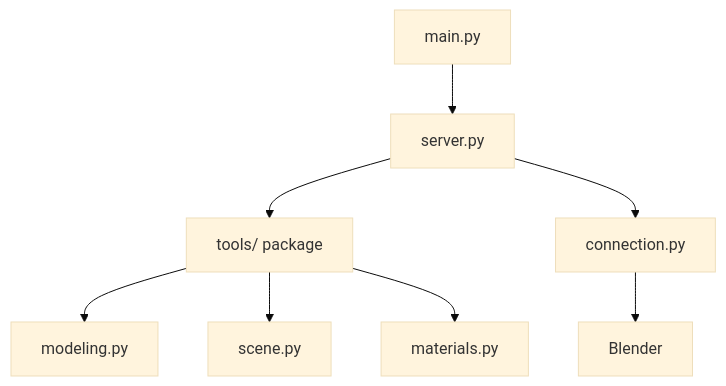
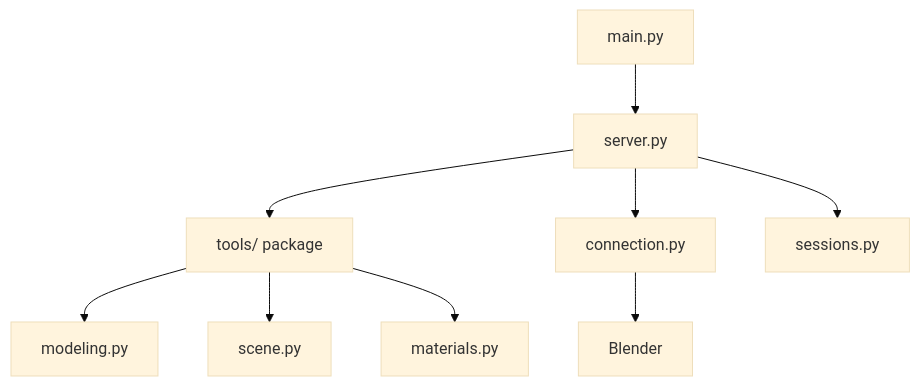
One commit to seehiong/blender-mcp-n8n changed the second of 2 diagrams in README.md. Above: the diagram before and after it, drawn with Mermaid (base theme). The commit also changed other lines of this file and 34 other files, not shown here.

````diff
--- a/README.md
+++ b/README.md
@@ -226,10 +287,11 @@
 ```mermaid
 graph TD
     A[main.py] --> B[server.py]
     B --> C[tools/ package]
     C --> D[modeling.py]
     C --> E[scene.py]
     C --> F[materials.py]
     B --> G[connection.py]
+    B --> I[sessions.py]
     G --> H[Blender]
 ```
````
